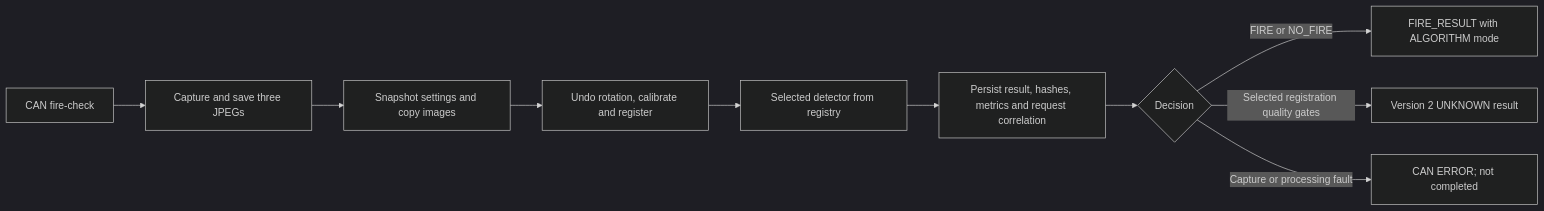
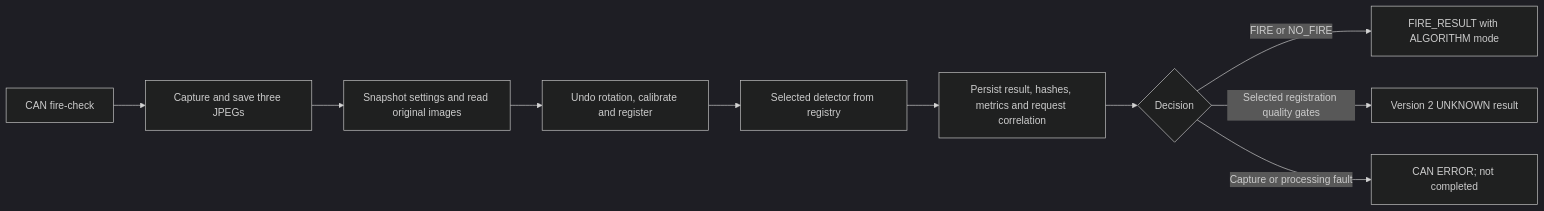
One commit to ngrabbs/ember changed the second of 3 diagrams in docs/user/payload.md. Above: the diagram before and after it, drawn with Mermaid (dark theme). The commit also changed other lines of this file, not shown here.

````diff
--- a/docs/user/payload.md
+++ b/docs/user/payload.md
@@ -88,12 +80,12 @@
 ```mermaid
 flowchart LR
     C[CAN fire-check] --> A[Capture and save three JPEGs]
-    A --> S[Snapshot settings and copy images]
+    A --> S[Snapshot settings and read original images]
     S --> P[Undo rotation, calibrate and register]
     P --> D[Selected detector from registry]
     D --> E[Persist result, hashes, metrics and request correlation]
     E --> K{Decision}
     K -->|FIRE or NO_FIRE| R[FIRE_RESULT with ALGORITHM mode]
     K -->|Selected registration quality gates| U[Version 2 UNKNOWN result]
     K -->|Capture or processing fault| F[CAN ERROR; not completed]
 ```
````
